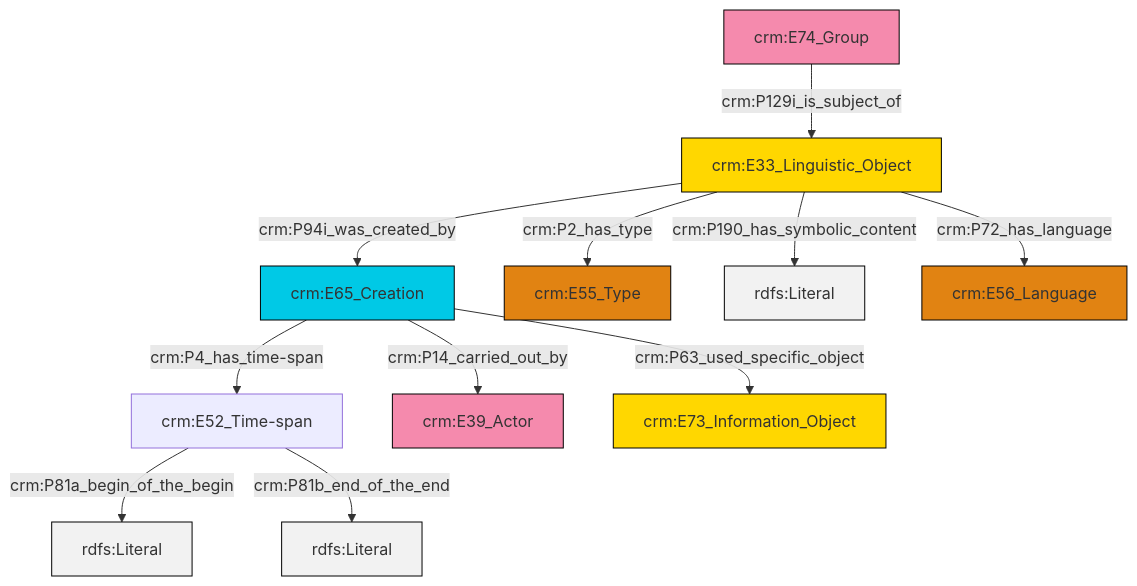
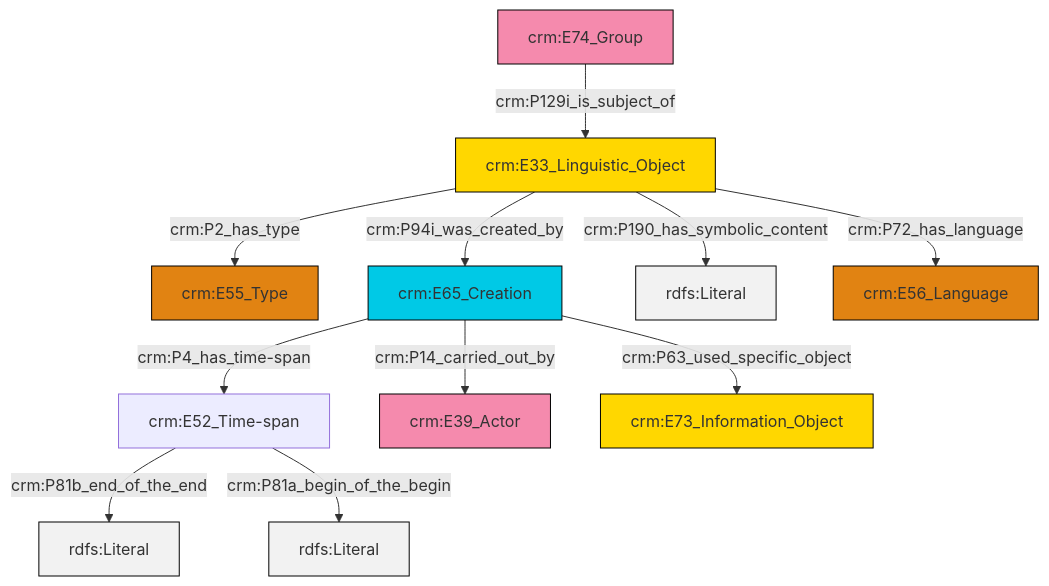
The diagram in et/groupCSV/ttl/mmd/group_description.ttl.mmd (swiss-art-research-net/reference-data-models), drawn with Mermaid before and after one commit. The commit also changed 124 other files, not shown here.

```diff
--- a/et/groupCSV/ttl/mmd/group_description.ttl.mmd
+++ b/et/groupCSV/ttl/mmd/group_description.ttl.mmd
@@ -1,25 +1,25 @@
 graph TD
 classDef Literal fill:#f2f2f2,stroke:#000000;
 classDef CRM_Entity fill:#FFFFFF,stroke:#000000;
 classDef Temporal_Entity fill:#00C9E6, stroke:#000000;
 classDef Type fill:#E18312, stroke:#000000;
 classDef Time-Span fill:#2C9C91, stroke:#000000;
 classDef Appellation fill:#FFEB7F, stroke:#000000;
 classDef Place fill:#008836, stroke:#000000;
 classDef Persistent_Item fill:#B266B2, stroke:#000000;
 classDef Conceptual_Object fill:#FFD700, stroke:#000000;
 classDef Physical_Thing fill:#D2B48C, stroke:#000000;
 classDef Actor fill:#f58aad, stroke:#000000;
 classDef PC_Classes fill:#4ce600, stroke:#000000;
 classDef Multi fill:#cccccc,stroke:#000000;
 
-0["crm:E52_Time-span"]:::Default -->|crm:P81a_begin_of_the_begin| 1[rdfs:Literal]:::Literal
-2["crm:E65_Creation"]:::Temporal_Entity -->|crm:P14_carried_out_by| 3["crm:E39_Actor"]:::Actor
-6["crm:E74_Group"]:::Actor -->|crm:P129i_is_subject_of| 7["crm:E33_Linguistic_Object"]:::Conceptual_Object
-7["crm:E33_Linguistic_Object"]:::Conceptual_Object -->|crm:P190_has_symbolic_content| 9[rdfs:Literal]:::Literal
-7["crm:E33_Linguistic_Object"]:::Conceptual_Object -->|crm:P72_has_language| 12["crm:E56_Language"]:::Type
-0["crm:E52_Time-span"]:::Default -->|crm:P81b_end_of_the_end| 13[rdfs:Literal]:::Literal
-7["crm:E33_Linguistic_Object"]:::Conceptual_Object -->|crm:P2_has_type| 4["crm:E55_Type"]:::Type
-2["crm:E65_Creation"]:::Temporal_Entity -->|crm:P4_has_time-span| 0["crm:E52_Time-span"]:::Default
-7["crm:E33_Linguistic_Object"]:::Conceptual_Object -->|crm:P94i_was_created_by| 2["crm:E65_Creation"]:::Temporal_Entity
-2["crm:E65_Creation"]:::Temporal_Entity -->|crm:P63_used_specific_object| 15["crm:E73_Information_Object"]:::Conceptual_Object
+2["crm:E52_Time-span"]:::Default -->|crm:P81b_end_of_the_end| 3[rdfs:Literal]:::Literal
+4["crm:E65_Creation"]:::Temporal_Entity -->|crm:P4_has_time-span| 2["crm:E52_Time-span"]:::Default
+5["crm:E33_Linguistic_Object"]:::Conceptual_Object -->|crm:P94i_was_created_by| 4["crm:E65_Creation"]:::Temporal_Entity
+5["crm:E33_Linguistic_Object"]:::Conceptual_Object -->|crm:P190_has_symbolic_content| 8[rdfs:Literal]:::Literal
+5["crm:E33_Linguistic_Object"]:::Conceptual_Object -->|crm:P2_has_type| 0["crm:E55_Type"]:::Type
+2["crm:E52_Time-span"]:::Default -->|crm:P81a_begin_of_the_begin| 14[rdfs:Literal]:::Literal
+15["crm:E74_Group"]:::Actor -->|crm:P129i_is_subject_of| 5["crm:E33_Linguistic_Object"]:::Conceptual_Object
+4["crm:E65_Creation"]:::Temporal_Entity -->|crm:P63_used_specific_object| 16["crm:E73_Information_Object"]:::Conceptual_Object
+4["crm:E65_Creation"]:::Temporal_Entity -->|crm:P14_carried_out_by| 11["crm:E39_Actor"]:::Actor
+5["crm:E33_Linguistic_Object"]:::Conceptual_Object -->|crm:P72_has_language| 9["crm:E56_Language"]:::Type
```
